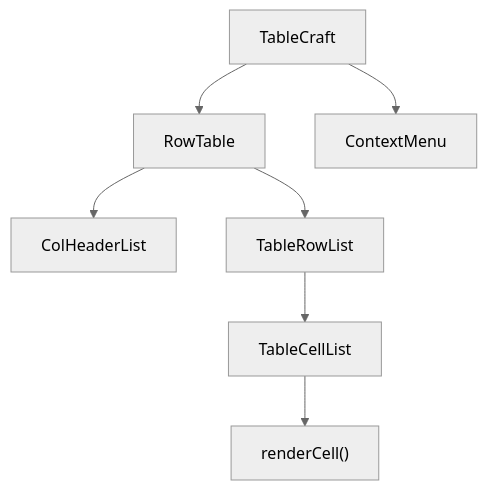
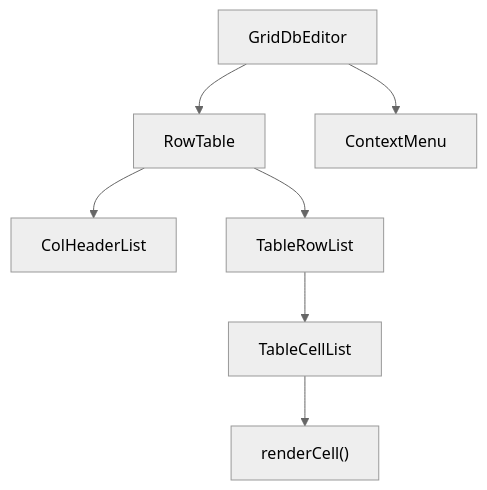
One commit to SebastianBaltes/customtable changed the second of 3 diagrams in README.md. Above: the diagram before and after it, drawn with Mermaid (neutral theme). The commit also changed other lines of this file and 31 other files, not shown here.

Commit message:
Rename TableCraft -> GridDbEditor everywhere, rename repo to react-grid-db-editor

````diff
--- a/README.md
+++ b/README.md
@@ -188,17 +188,17 @@
 ```mermaid
 flowchart TD
-  CT["TableCraft"]
+  CT["GridDbEditor"]
   RT["RowTable"]
   CCH["ColHeaderList"]
   CR["TableRowList"]
   CC["TableCellList"]
   RC["renderCell()"]
   CM["ContextMenu"]
 
   CT --> RT
   RT --> CCH
   RT --> CR
   CR --> CC
   CC --> RC
   CT --> CM
 ```
````
